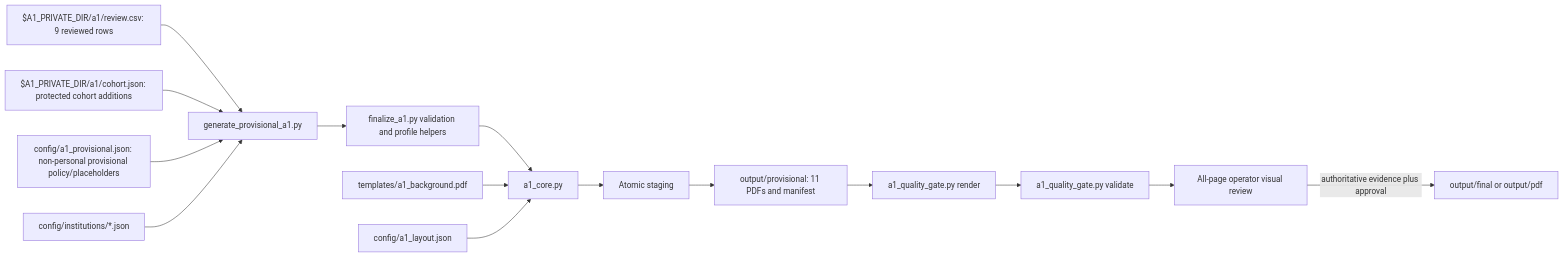
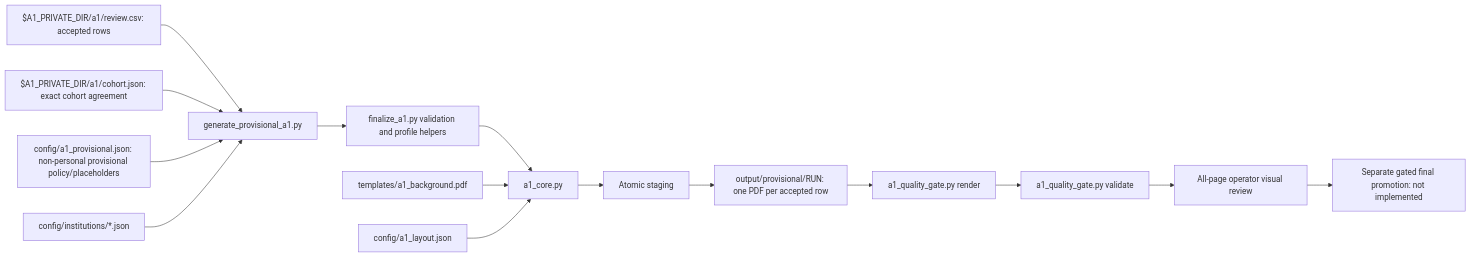
The diagram in readme-employees-to-a1-form.md (pkoka888/prace-a1-core), drawn with Mermaid before and after one commit. The commit also changed other lines of this file and 21 other files, not shown here.

````diff
--- a/readme-employees-to-a1-form.md
+++ b/readme-employees-to-a1-form.md
@@ -21,17 +23,17 @@
 ```mermaid
 flowchart LR
-    CSV[$A1_PRIVATE_DIR/a1/review.csv: 9 reviewed rows] --> Compose[generate_provisional_a1.py]
-    Cohort[$A1_PRIVATE_DIR/a1/cohort.json: protected cohort additions] --> Compose
+    CSV[$A1_PRIVATE_DIR/a1/review.csv: accepted rows] --> Compose[generate_provisional_a1.py]
+    Cohort[$A1_PRIVATE_DIR/a1/cohort.json: exact cohort agreement] --> Compose
     Policy[config/a1_provisional.json: non-personal provisional policy/placeholders] --> Compose
     Profiles[config/institutions/*.json] --> Compose
     Compose --> Helpers[finalize_a1.py validation and profile helpers]
     Helpers --> Core[a1_core.py]
     Template[templates/a1_background.pdf] --> Core
     Layout[config/a1_layout.json] --> Core
     Core --> Stage[Atomic staging]
-    Stage --> Provisional[output/provisional: 11 PDFs and manifest]
+    Stage --> Provisional[output/provisional/RUN: one PDF per accepted row]
     Provisional --> Render[a1_quality_gate.py render]
     Render --> Gate[a1_quality_gate.py validate]
     Gate --> Human[All-page operator visual review]
-    Human -->|authoritative evidence plus approval| Final[output/final or output/pdf]
+    Human --> Pending[Separate gated final promotion: not implemented]
 ```
````
